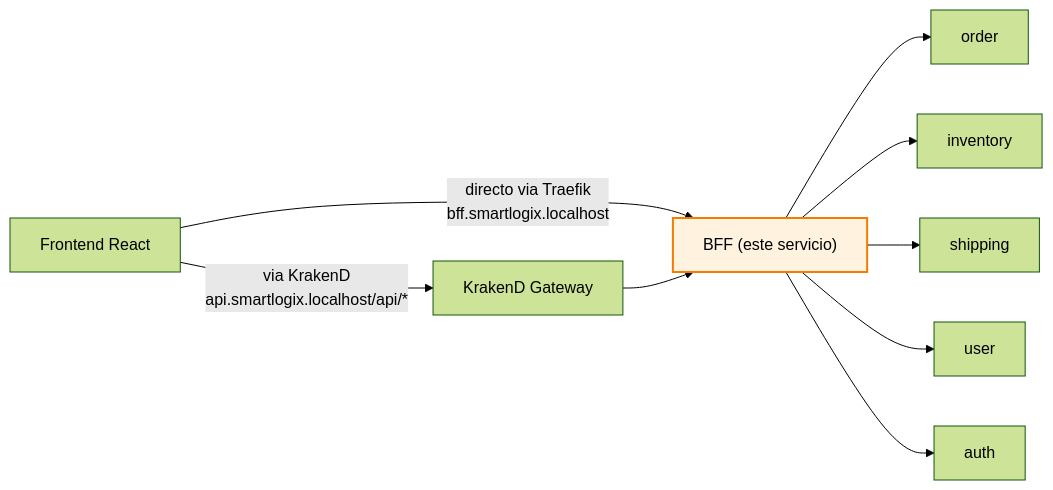
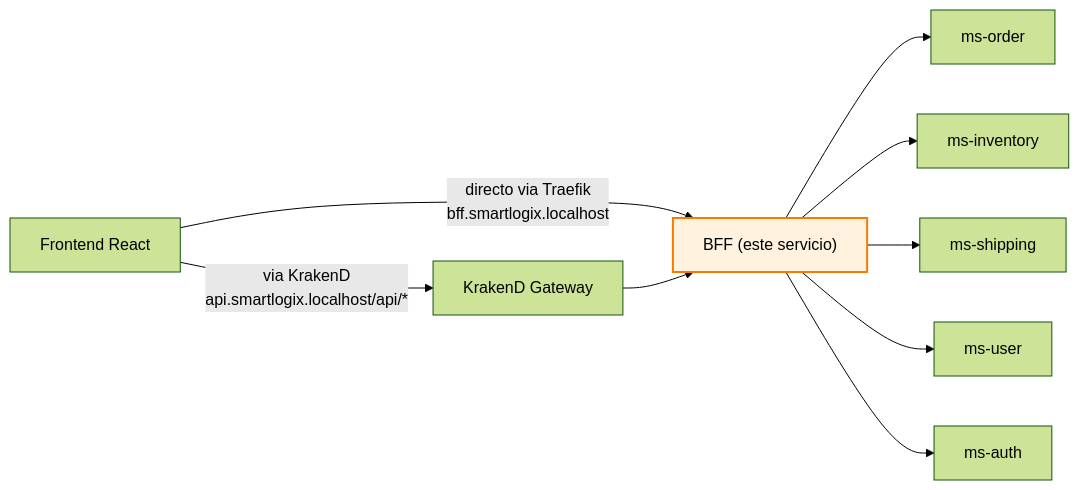
One commit to smartLogixfs/smartlogixs changed the first of 3 diagrams in backend/bff/README.md. Above: the diagram before and after it, drawn with Mermaid (forest theme). The commit also changed other lines of this file and 160 other files, not shown here.

````diff
--- a/backend/bff/README.md
+++ b/backend/bff/README.md
@@ -39,23 +39,23 @@
 ```mermaid
 flowchart LR
     FE[Frontend React]
     KR[KrakenD Gateway]
     BFF["BFF (este servicio)"]
-    O[order]
-    I[inventory]
-    S[shipping]
-    U[user]
-    A[auth]
+    O[ms-order]
+    I[ms-inventory]
+    S[ms-shipping]
+    U[ms-user]
+    A[ms-auth]
 
     FE -->|directo via Traefik<br/>bff.smartlogix.localhost| BFF
     FE -->|via KrakenD<br/>api.smartlogix.localhost/api/*| KR
     KR --> BFF
     BFF --> O
     BFF --> I
     BFF --> S
     BFF --> U
     BFF --> A
 
     classDef bff fill:#fff3e0,stroke:#f57c00,stroke-width:2px
     class BFF bff
 ```
````
